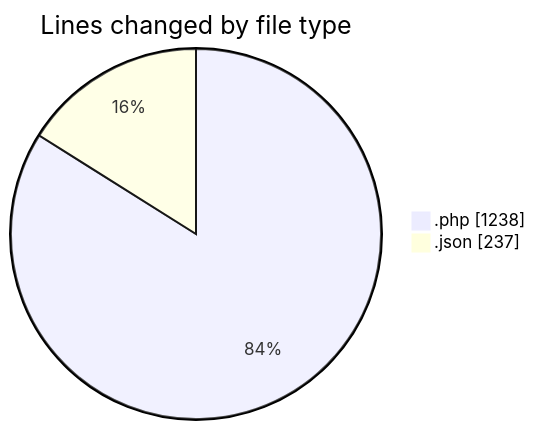
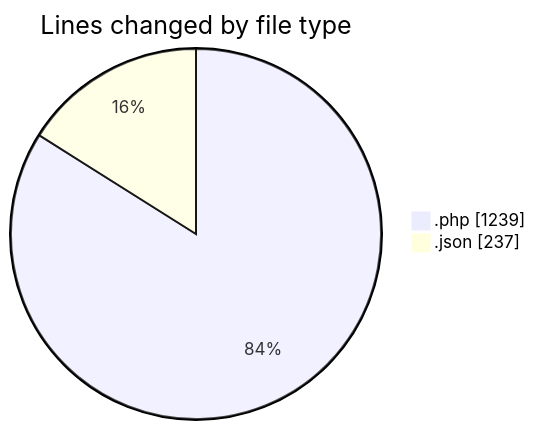
Before and after one commit to idhammustaqopulfikri/code-tracking: the first of 2 diagrams in 2025-06-13/studio-backend/README.md, drawn with Mermaid. The commit also changed other lines of this file and 1 other file, not shown here.

````diff
--- a/2025-06-13/studio-backend/README.md
+++ b/2025-06-13/studio-backend/README.md
@@ -30,6 +30,6 @@
 ```mermaid
 pie showData
 title Lines changed by file type
-".php" : 1238
+".php" : 1239
 ".json" : 237
 ```
````
